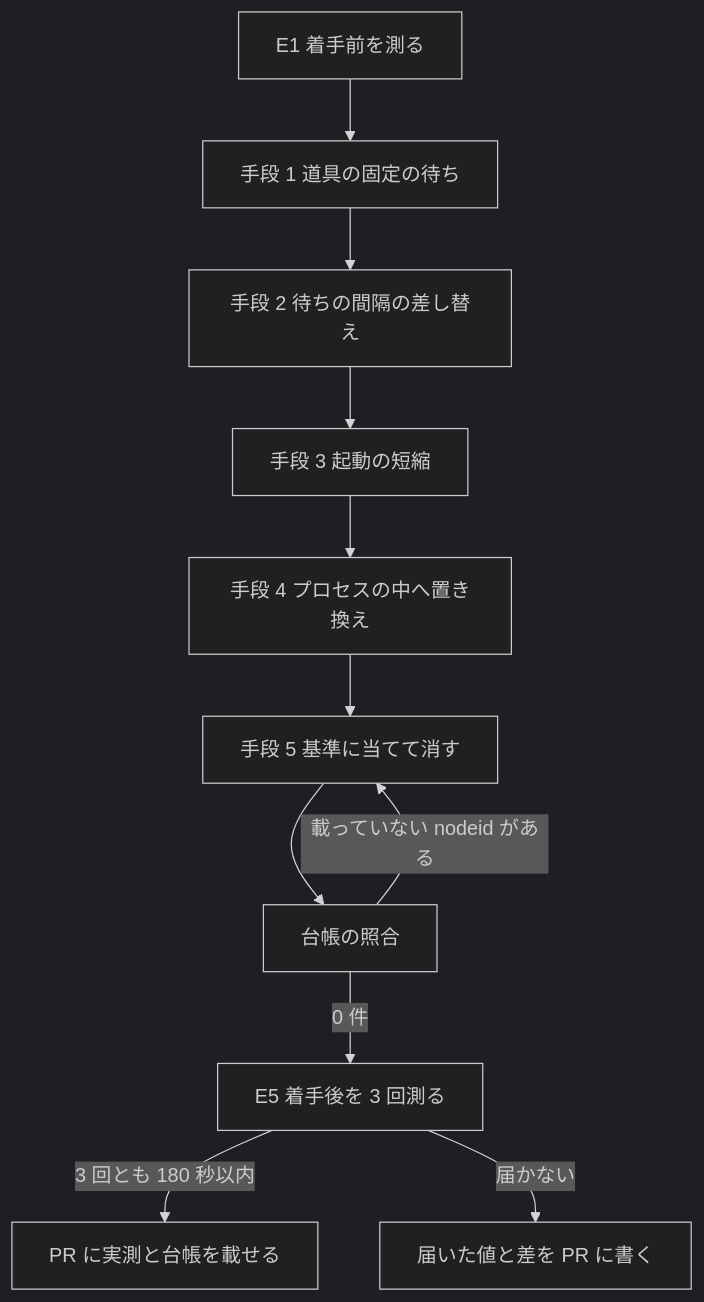
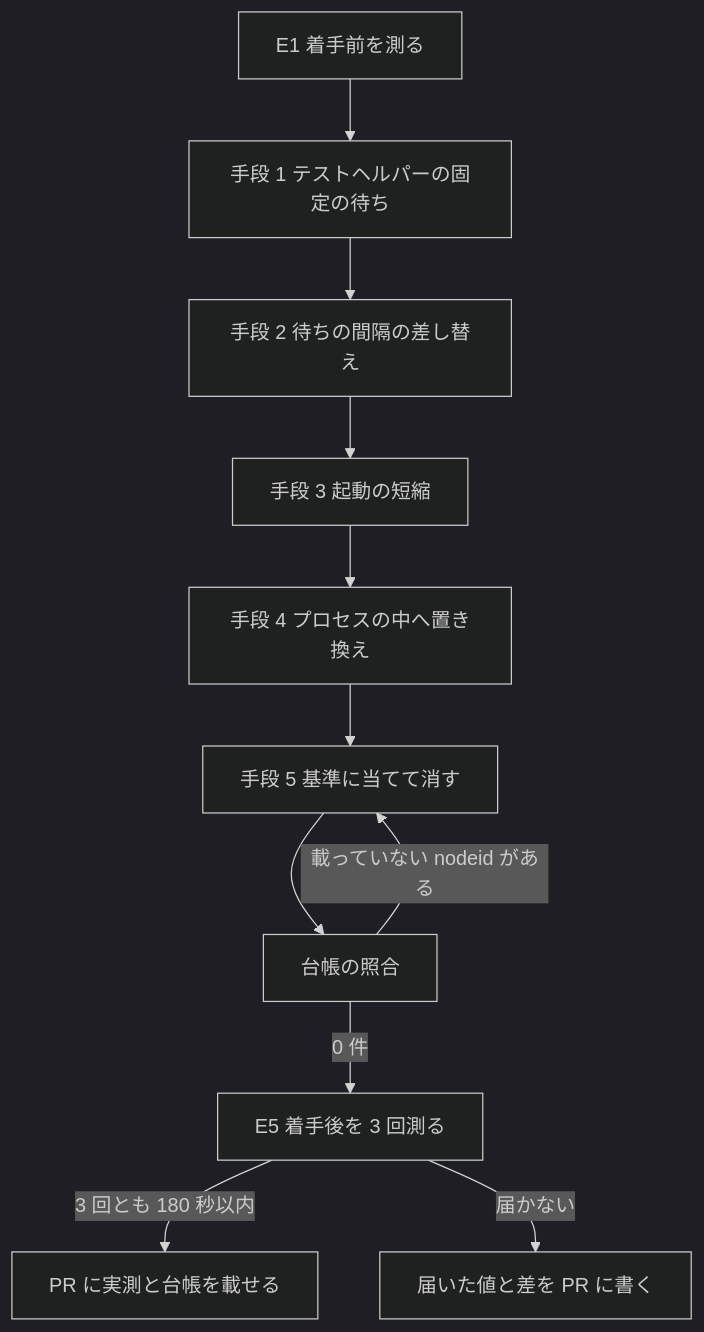
One commit to devbasex/ai-plugins changed the second of 2 diagrams in issues/issue-2309-design.md. Above: the diagram before and after it, drawn with Mermaid (dark theme). The commit also changed other lines of this file, not shown here.

````diff
--- a/issues/issue-2309-design.md
+++ b/issues/issue-2309-design.md
@@ -169,13 +169,13 @@
 ```mermaid
 graph TD
-    A[E1 着手前を測る] --> B[手段 1 道具の固定の待ち]
+    A[E1 着手前を測る] --> B[手段 1 テストヘルパーの固定の待ち]
     B --> C[手段 2 待ちの間隔の差し替え]
     C --> D[手段 3 起動の短縮]
     D --> E[手段 4 プロセスの中へ置き換え]
     E --> F[手段 5 基準に当てて消す]
     F --> J[台帳の照合]
     J -->|載っていない nodeid がある| F
     J -->|0 件| K[E5 着手後を 3 回測る]
     K -->|3 回とも 180 秒以内| N[PR に実測と台帳を載せる]
     K -->|届かない| O[届いた値と差を PR に書く]
 ```
````
